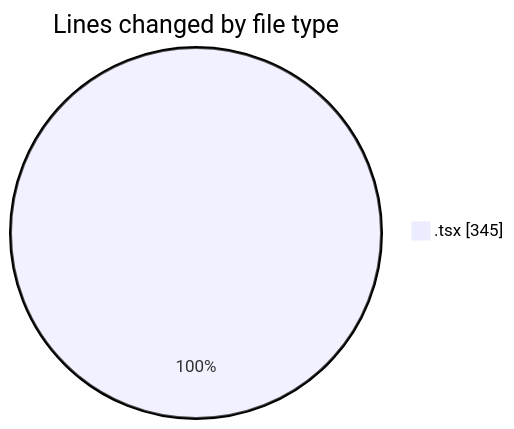
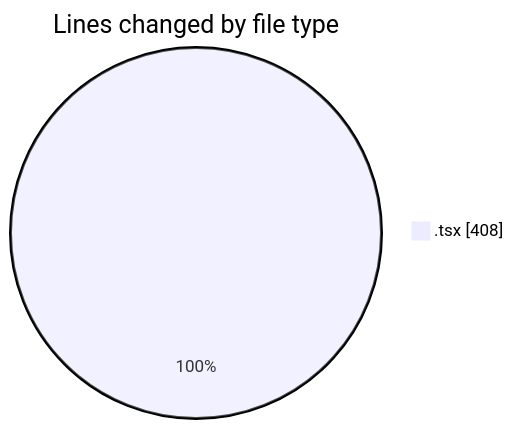
Before and after one commit to donsfak/code-tracking: the first of 2 diagrams in 2025-02-08/portofolio/README.md, drawn with Mermaid. The commit also changed other lines of this file and 1 other file, not shown here.

````diff
--- a/2025-02-08/portofolio/README.md
+++ b/2025-02-08/portofolio/README.md
@@ -20,5 +20,5 @@
 ```mermaid
 pie showData
 title Lines changed by file type
-".tsx" : 345
+".tsx" : 408
 ```
````
